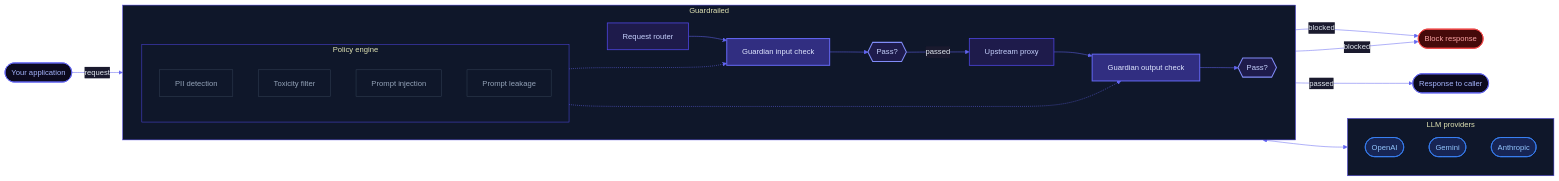
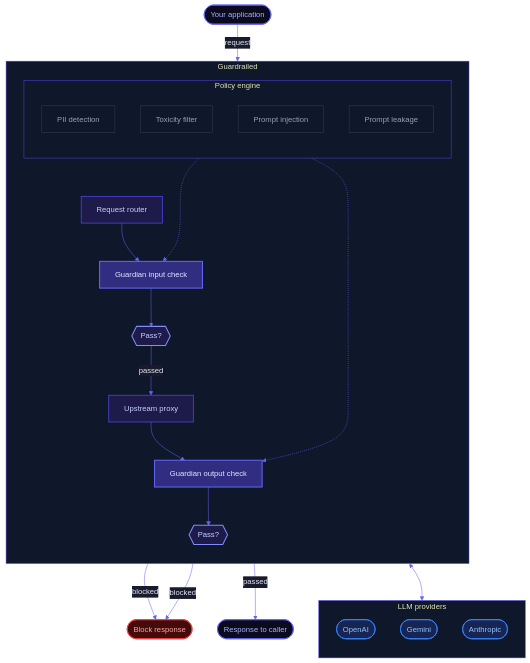
Before and after one commit to rithwik-01/guardrailed: the diagram in README.md, drawn with Mermaid. The commit also changed other lines of this file, not shown here.

````diff
--- a/README.md
+++ b/README.md
@@ -9,64 +9,64 @@
 ```mermaid
 %%{init: {"theme": "base", "themeVariables": {"primaryColor": "#1a1a2e", "primaryTextColor": "#e2e8f0", "primaryBorderColor": "#4f46e5", "lineColor": "#6366f1", "secondaryColor": "#0f172a", "tertiaryColor": "#1e1b4b", "clusterBkg": "#0f172a", "clusterBorder": "#4f46e5", "edgeLabelBackground": "#1a1a2e", "fontSize": "15px"}}}%%
 
-flowchart LR
+flowchart TD
     APP(["Your application"])
 
     subgraph GR["Guardrailed"]
-        direction LR
+        direction TB
         ROUTER["Request router"]
 
         subgraph PE["Policy engine"]
             direction TB
             PII["PII detection"]
             TOX["Toxicity filter"]
             INJ["Prompt injection"]
             LEAK["Prompt leakage"]
         end
 
         GIN["Guardian input check"]
         D1{{"Pass?"}}
         PROXY["Upstream proxy"]
         GOUT["Guardian output check"]
         D2{{"Pass?"}}
     end
 
     BLOCK(["Block response"])
     CALLER(["Response to caller"])
 
     subgraph LLM["LLM providers"]
         direction TB
         OAI(["OpenAI"])
         GEM(["Gemini"])
         ANT(["Anthropic"])
     end
 
     APP -->|request| ROUTER
     ROUTER --> GIN
     PE -..-> GIN
     GIN --> D1
     D1 -->|blocked| BLOCK
     D1 -->|passed| PROXY
     PROXY <--> LLM
     PROXY --> GOUT
     PE -..-> GOUT
     GOUT --> D2
     D2 -->|blocked| BLOCK
     D2 -->|passed| CALLER
 
     classDef default fill:#1e1b4b,stroke:#4f46e5,stroke-width:1.5px,color:#c7d2fe
     classDef guardian fill:#312e81,stroke:#6366f1,stroke-width:2px,color:#e0e7ff
     classDef decision fill:#1e1b4b,stroke:#818cf8,stroke-width:2px,color:#c7d2fe
     classDef policy fill:#0f172a,stroke:#334155,stroke-width:1px,color:#94a3b8
     classDef endpoint fill:#0c0a1e,stroke:#6366f1,stroke-width:1.5px,color:#a5b4fc
     classDef provider fill:#172554,stroke:#3b82f6,stroke-width:1.5px,color:#93c5fd
     classDef blocked fill:#450a0a,stroke:#ef4444,stroke-width:1.5px,color:#fca5a5
 
     class ROUTER,PROXY default
     class GIN,GOUT guardian
     class D1,D2 decision
     class PII,TOX,INJ,LEAK policy
     class APP,CALLER endpoint
     class OAI,GEM,ANT provider
     class BLOCK blocked
 ```
````
